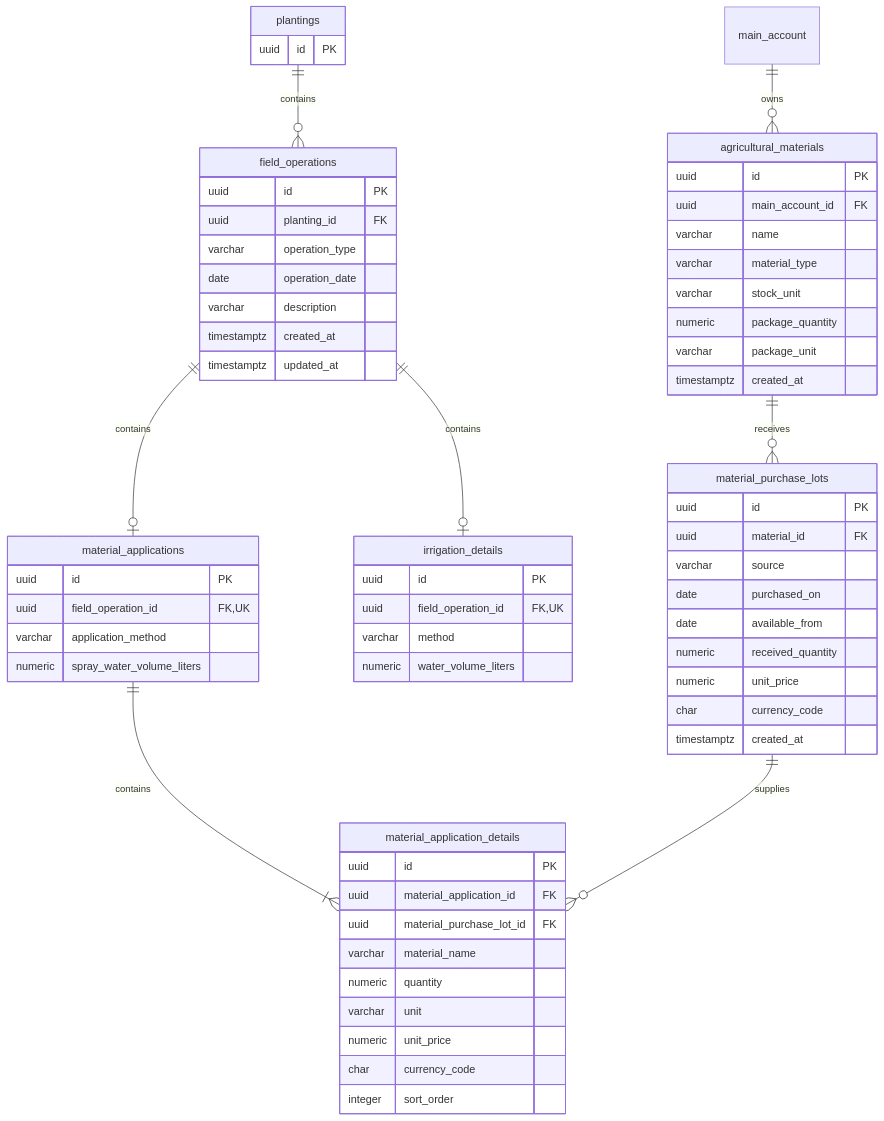
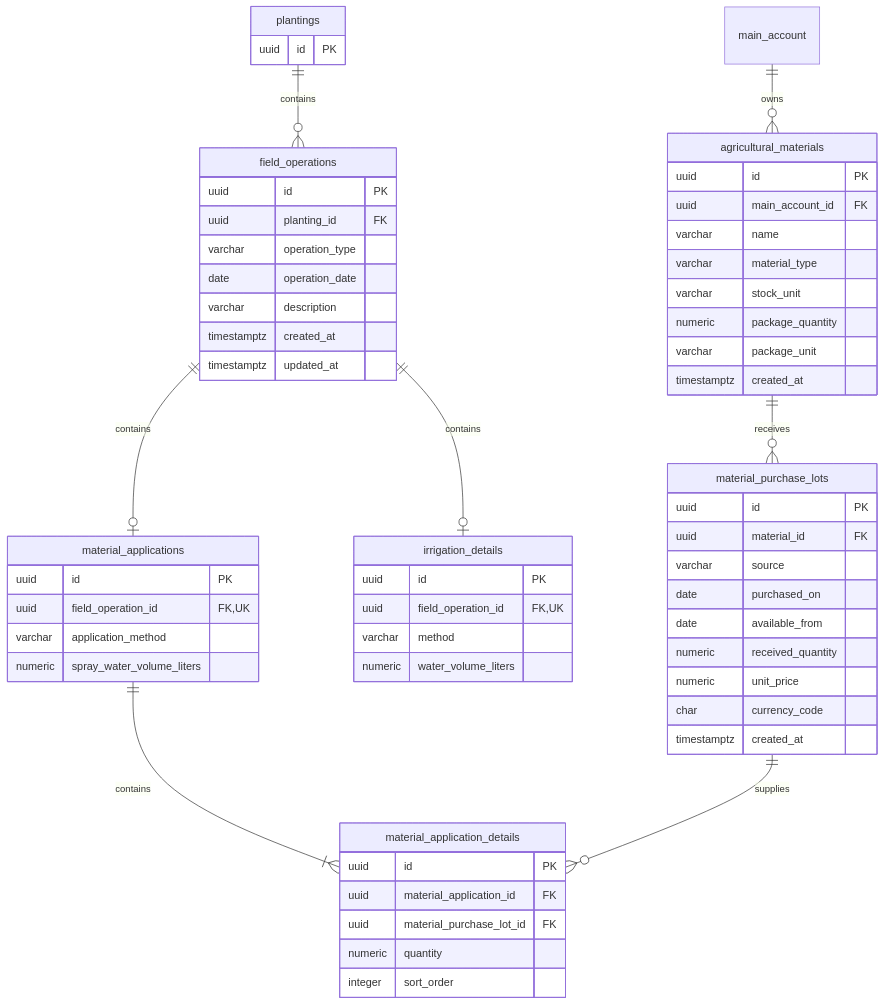
One commit to HanChiYang/crop-pilot changed the first of 2 diagrams in docs/design/first-desktop-slice-database.md. Above: the diagram before and after it, drawn with Mermaid. The commit also changed other lines of this file and 6 other files, not shown here.

````diff
--- a/docs/design/first-desktop-slice-database.md
+++ b/docs/design/first-desktop-slice-database.md
@@ -251,66 +251,62 @@
 ```mermaid
 erDiagram
     main_account ||--o{ agricultural_materials : owns
     agricultural_materials ||--o{ material_purchase_lots : receives
     plantings ||--o{ field_operations : contains
     field_operations ||--o| irrigation_details : contains
     field_operations ||--o| material_applications : contains
     material_applications ||--|{ material_application_details : contains
     material_purchase_lots ||--o{ material_application_details : supplies
     plantings {
         uuid id PK
     }
     field_operations {
         uuid id PK
         uuid planting_id FK
         varchar operation_type
         date operation_date
         varchar description
         timestamptz created_at
         timestamptz updated_at
     }
     irrigation_details {
         uuid id PK
         uuid field_operation_id FK, UK
         varchar method
         numeric water_volume_liters
     }
     material_applications {
         uuid id PK
         uuid field_operation_id FK, UK
         varchar application_method
         numeric spray_water_volume_liters
     }
     material_application_details {
         uuid id PK
         uuid material_application_id FK
         uuid material_purchase_lot_id FK
-        varchar material_name
         numeric quantity
-        varchar unit
-        numeric unit_price
-        char currency_code
         integer sort_order
     }
     agricultural_materials {
         uuid id PK
         uuid main_account_id FK
         varchar name
         varchar material_type
         varchar stock_unit
         numeric package_quantity
         varchar package_unit
         timestamptz created_at
     }
     material_purchase_lots {
         uuid id PK
         uuid material_id FK
         varchar source
         date purchased_on
         date available_from
         numeric received_quantity
         numeric unit_price
         char currency_code
         timestamptz created_at
     }
 ```
````
